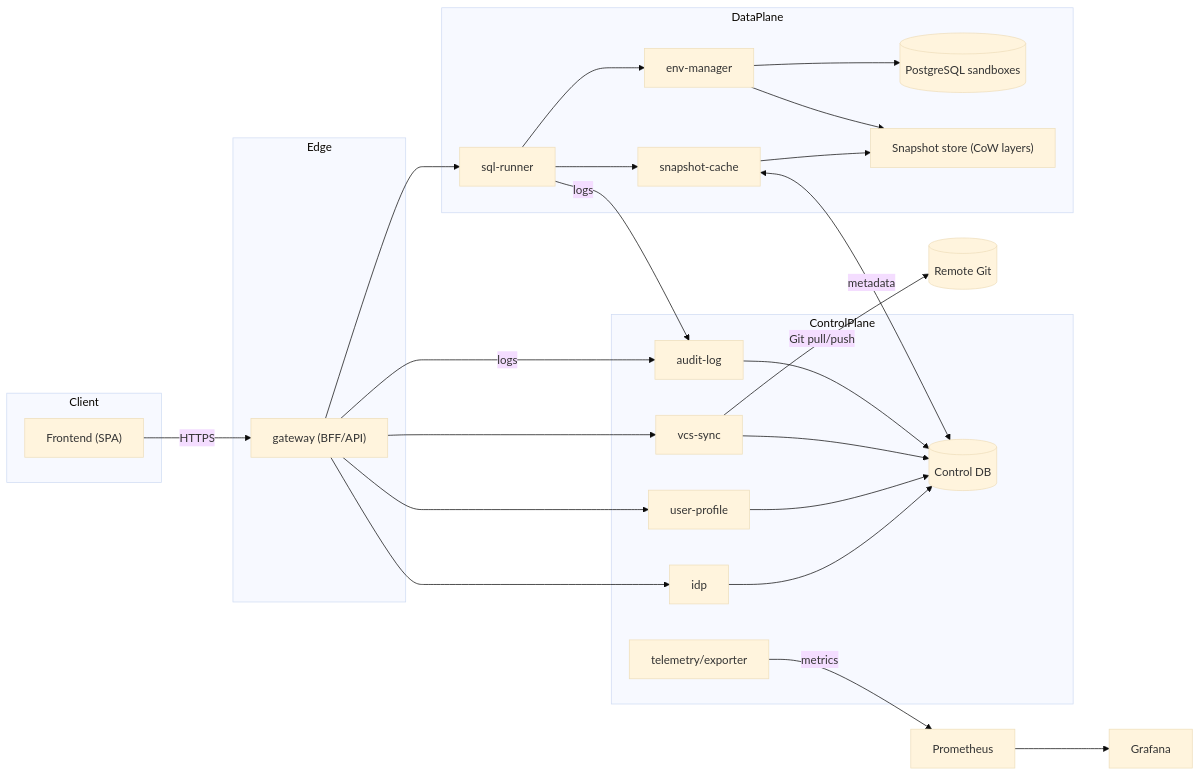
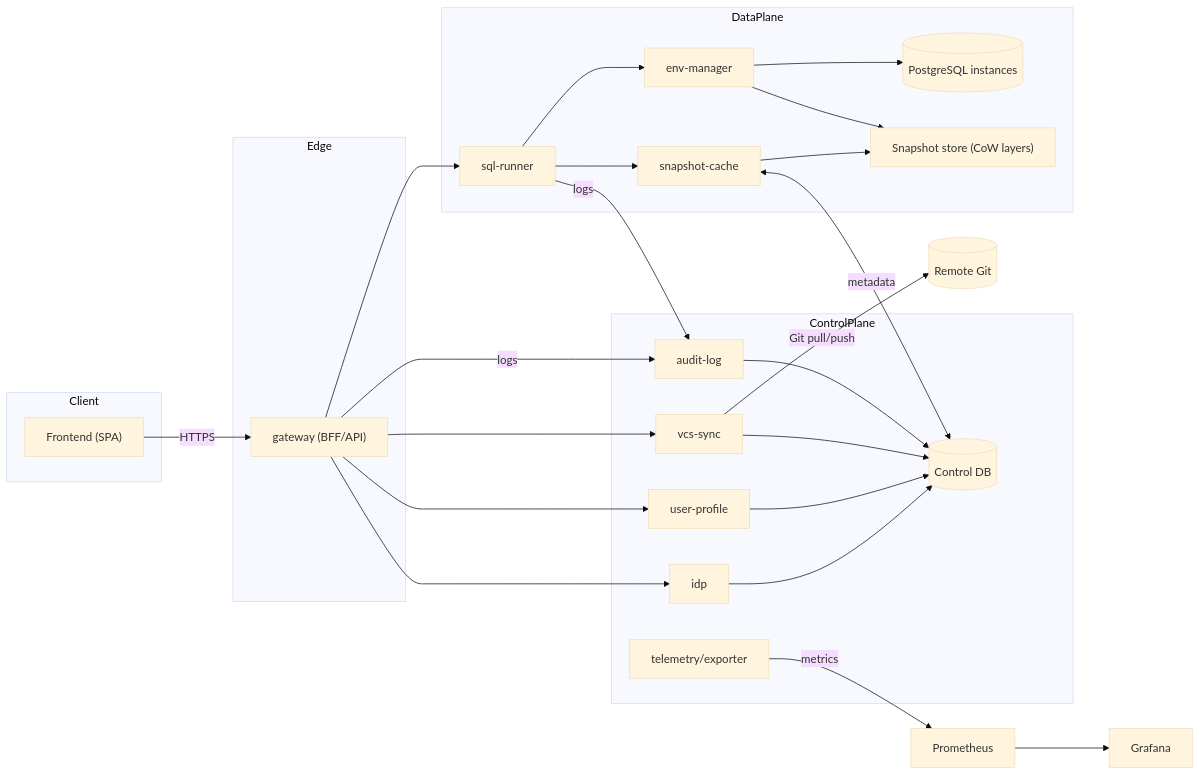
The first of 5 diagrams in docs/architecture/diagrams.RU.md (kimak-irmagi/taidon), drawn with Mermaid (base theme) before and after one commit. The commit also changed other lines of this file and 90 other files, not shown here.

````diff
--- a/docs/architecture/diagrams.RU.md
+++ b/docs/architecture/diagrams.RU.md
@@ -7,53 +7,53 @@
 ```mermaid
 flowchart LR
   subgraph Client
     UI["Frontend (SPA)"]
   end
 
   subgraph Edge
     GW["gateway (BFF/API)"]
   end
 
   subgraph ControlPlane
     IDP[idp]
     UP[user-profile]
     VCS[vcs-sync]
     AUD[audit-log]
     TELE[telemetry/exporter]
     META[(Control DB)]
   end
 
   subgraph DataPlane
     SR[sql-runner]
     SC[snapshot-cache]
     EM[env-manager]
-    PG[(PostgreSQL sandboxes)]
+    PG[(PostgreSQL instances)]
     SNAP["Snapshot store (CoW layers)"]
   end
 
   UI -->|HTTPS| GW
   GW --> IDP
   GW --> UP
   GW --> SR
   GW --> VCS
 
   IDP --> META
   UP --> META
   VCS --> META
   AUD --> META
 
   SR --> SC
   SR --> EM
   SC <-->|metadata| META
   SC --> SNAP
   EM --> SNAP
   EM --> PG
 
   SR -->|logs| AUD
   GW -->|logs| AUD
 
   VCS -->|Git pull/push| GitRemote[(Remote Git)]
 
   TELE -->|metrics| Prometheus
   Prometheus --> Grafana
 ```
````
